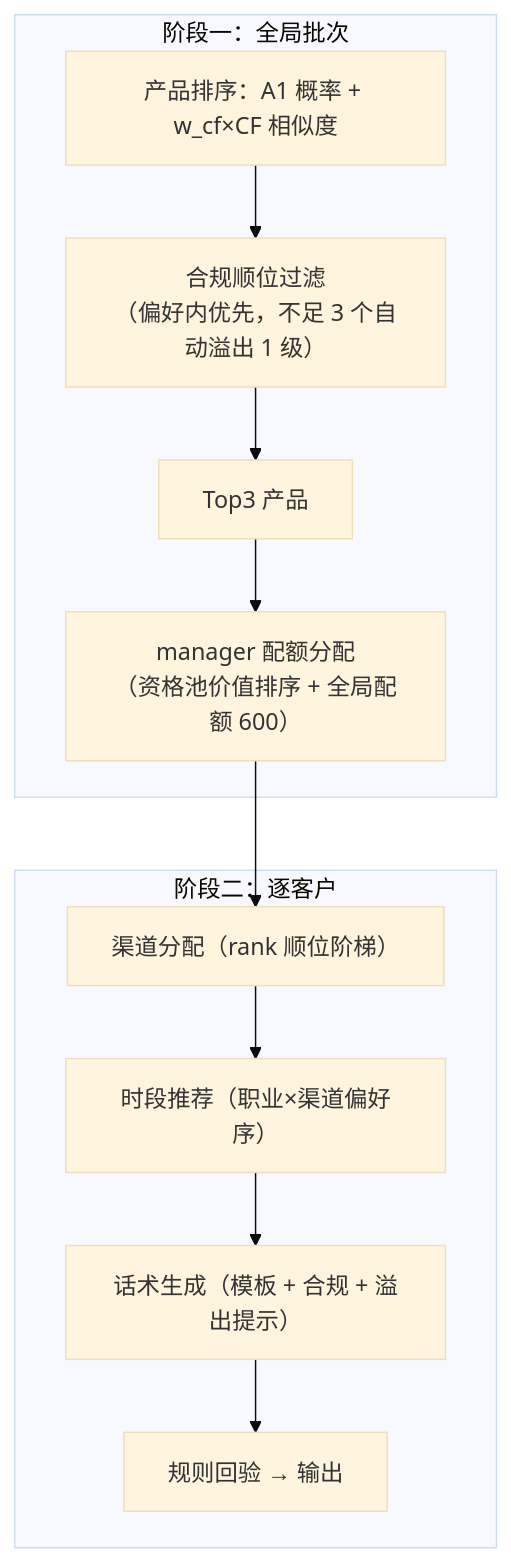
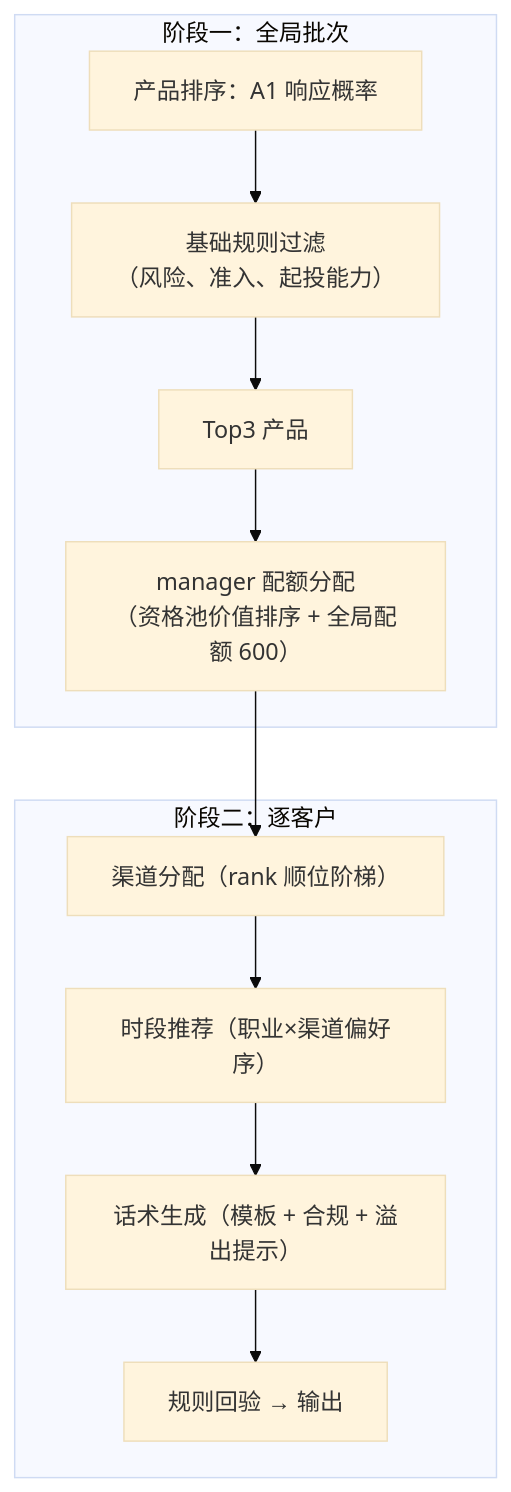
The diagram in src/docs/sdd-marketing.md (cpyh/touchCIB), drawn with Mermaid (base theme) before and after one commit. The commit also changed other lines of this file and 110 other files, not shown here.

````diff
--- a/src/docs/sdd-marketing.md
+++ b/src/docs/sdd-marketing.md
@@ -55,12 +61,12 @@
 ```mermaid
 flowchart TB
     subgraph BATCH["阶段一：全局批次"]
-        S1["产品排序：A1 概率 + w_cf×CF 相似度"] --> S2["合规顺位过滤<br/>（偏好内优先，不足 3 个自动溢出 1 级）"]
+        S1["产品排序：A1 响应概率"] --> S2["基础规则过滤<br/>（风险、准入、起投能力）"]
         S2 --> S3["Top3 产品"]
         S3 --> S4["manager 配额分配<br/>（资格池价值排序 + 全局配额 600）"]
     end
     subgraph PER["阶段二：逐客户"]
         S4 --> T1["渠道分配（rank 顺位阶梯）"] --> T2["时段推荐（职业×渠道偏好序）"]
         T2 --> T3["话术生成（模板 + 合规 + 溢出提示）"] --> T4["规则回验 → 输出"]
     end
 ```
````
